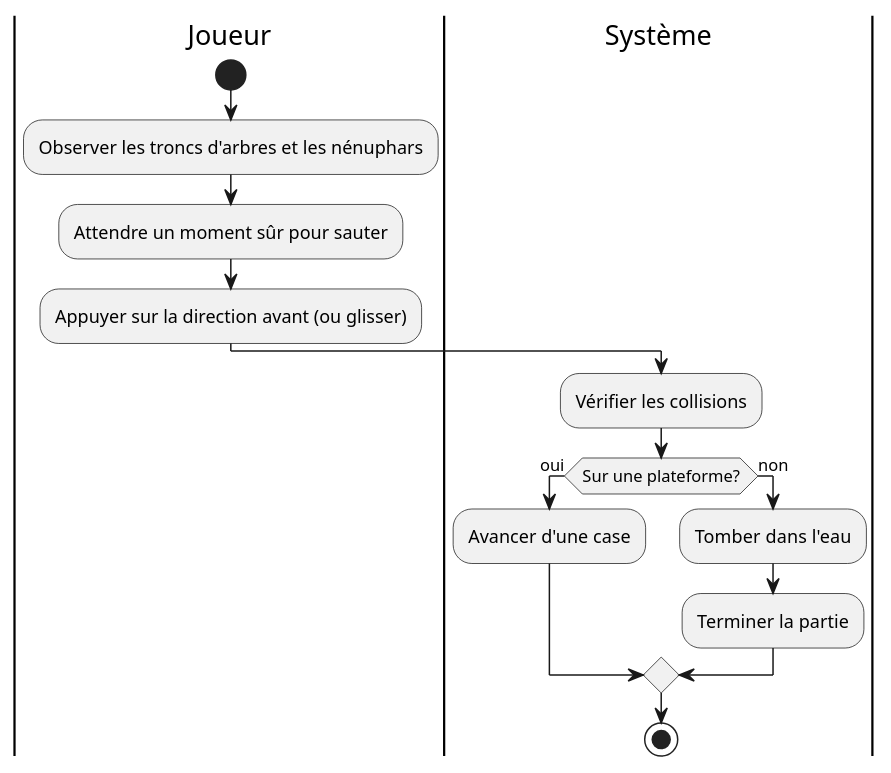
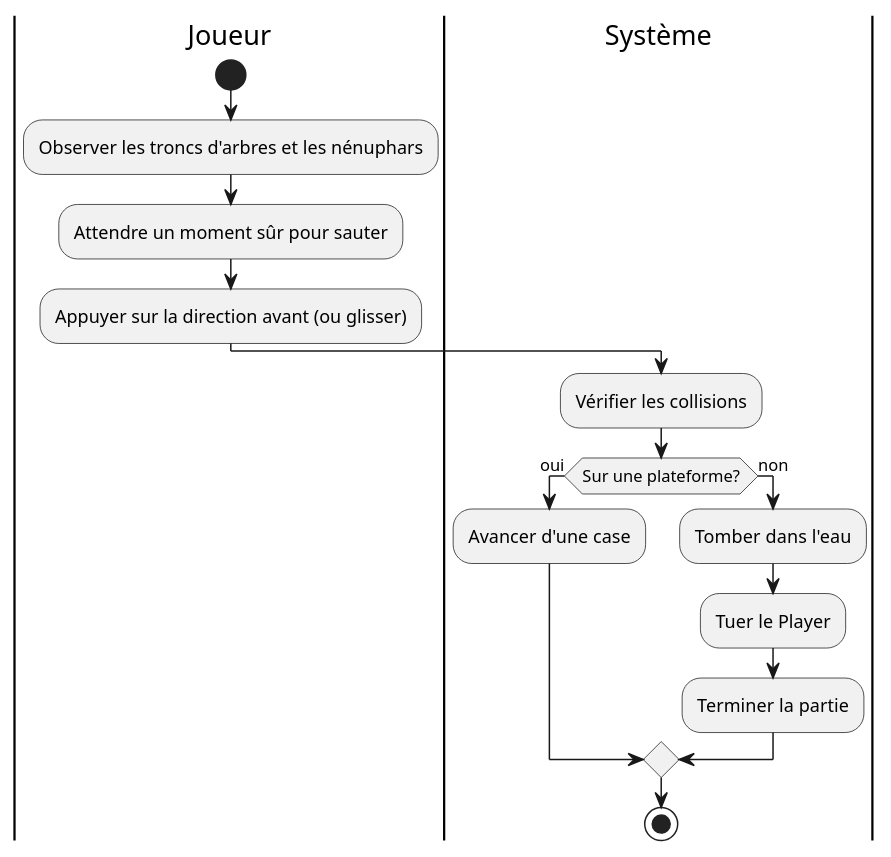
Before and after one commit to LosVerinos/Crossy-Road: the diagram in Analyse/UseCase/passRiviere.puml, drawn with PlantUML. The commit also changed 14 other files, not shown here.

Commit message:
Update diagrams

```diff
--- a/Analyse/UseCase/passRiviere.puml
+++ b/Analyse/UseCase/passRiviere.puml
@@ -1,17 +1,18 @@
 @startuml passRiviereUC
 |Joueur|
 start
 :Observer les troncs d'arbres et les nénuphars;
 :Attendre un moment sûr pour sauter;
 :Appuyer sur la direction avant (ou glisser);
 
 |Système|
 :Vérifier les collisions;
 if (Sur une plateforme?) then (oui)
     :Avancer d'une case;
 else (non)
     :Tomber dans l'eau;
+    :Tuer le Player;
     :Terminer la partie;
 endif
 stop
 @enduml
```
